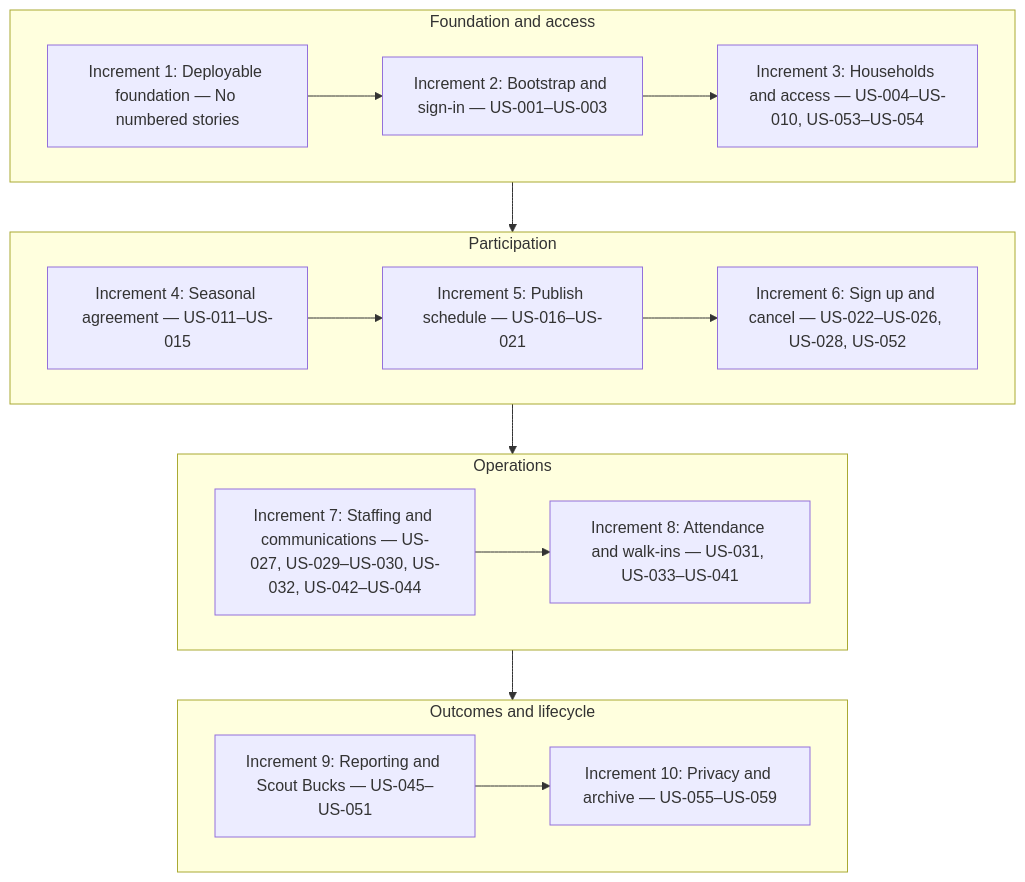
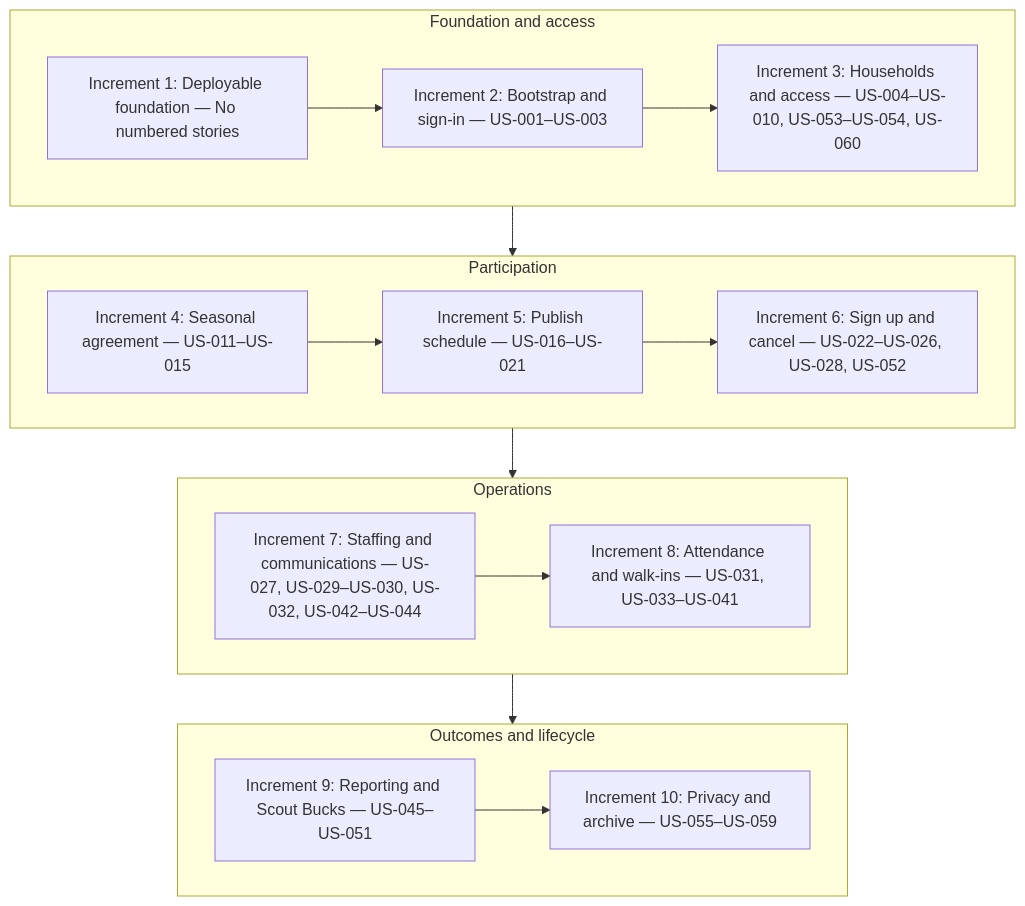
The diagram in docs/user-stories/roadmap.md (BennettSmith/T900TreeLot), drawn with Mermaid before and after one commit. The commit also changed other lines of this file and 8 other files, not shown here.

````diff
--- a/docs/user-stories/roadmap.md
+++ b/docs/user-stories/roadmap.md
@@ -9,26 +9,26 @@
 ```mermaid
 flowchart TB
     subgraph foundationStage["Foundation and access"]
         direction LR
-        increment1["Increment 1: Deployable foundation — No numbered stories"] --> increment2["Increment 2: Bootstrap and sign-in — US-001–US-003"] --> increment3["Increment 3: Households and access — US-004–US-010, US-053–US-054"]
+        increment1["Increment 1: Deployable foundation — No numbered stories"] --> increment2["Increment 2: Bootstrap and sign-in — US-001–US-003"] --> increment3["Increment 3: Households and access — US-004–US-010, US-053–US-054, US-060"]
     end
 
     subgraph participationStage["Participation"]
         direction LR
         increment4["Increment 4: Seasonal agreement — US-011–US-015"] --> increment5["Increment 5: Publish schedule — US-016–US-021"] --> increment6["Increment 6: Sign up and cancel — US-022–US-026, US-028, US-052"]
     end
 
     subgraph operationsStage["Operations"]
         direction LR
         increment7["Increment 7: Staffing and communications — US-027, US-029–US-030, US-032, US-042–US-044"] --> increment8["Increment 8: Attendance and walk-ins — US-031, US-033–US-041"]
     end
 
     subgraph outcomesStage["Outcomes and lifecycle"]
         direction LR
         increment9["Increment 9: Reporting and Scout Bucks — US-045–US-051"] --> increment10["Increment 10: Privacy and archive — US-055–US-059"]
     end
 
     increment3 --> increment4
     increment6 --> increment7
     increment8 --> increment9
 ```
````
